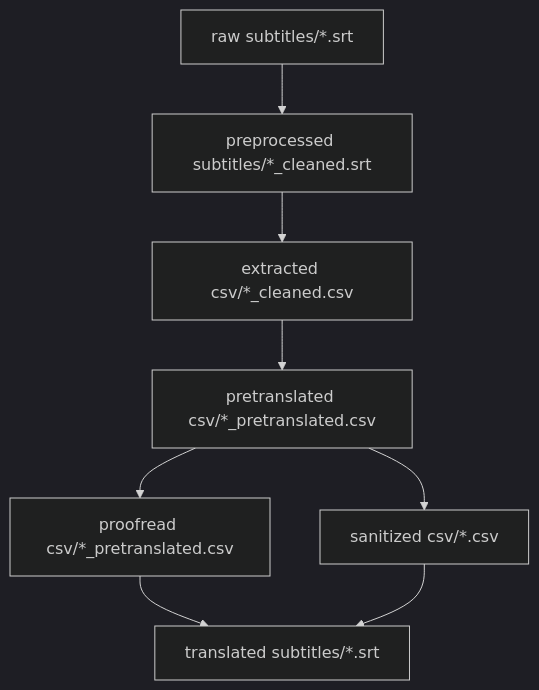
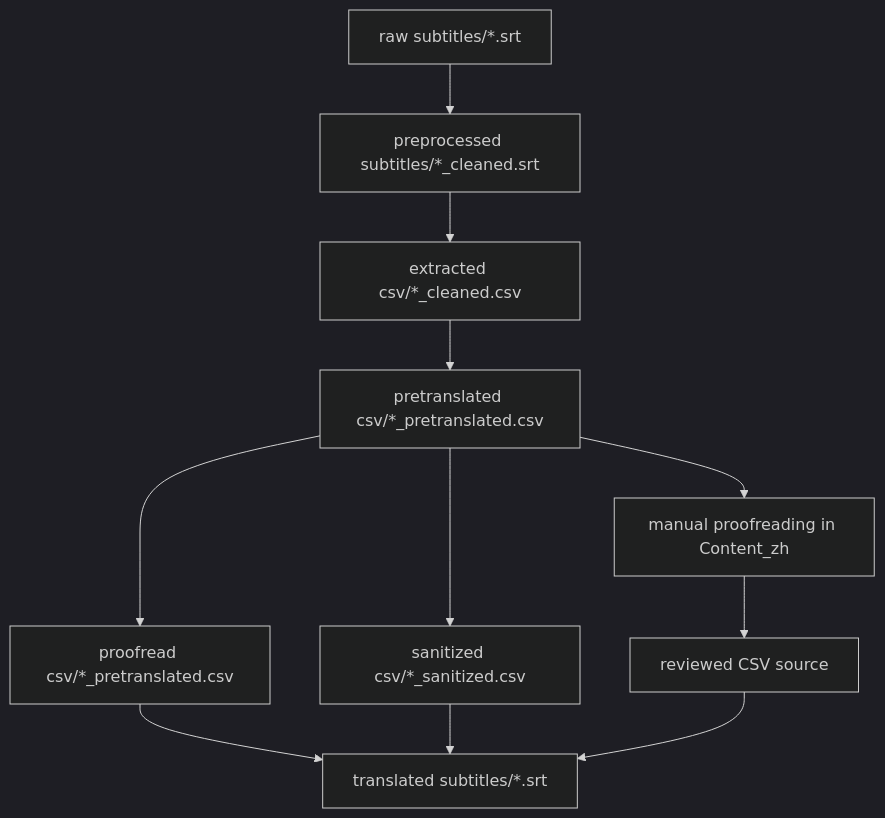
One commit to dklassic/DoubleFineAdventureZHTranslationProject changed the diagram in readme.md. Above: the diagram before and after it, drawn with Mermaid (dark theme). The commit also changed other lines of this file and 22 other files, not shown here.

````diff
--- a/readme.md
+++ b/readme.md
@@ -41,10 +42,13 @@
 ```mermaid
 graph TD;
     RawSubtitles[raw subtitles/*.srt] --> PreprocessedSubtitles[preprocessed subtitles/*_cleaned.srt];
     PreprocessedSubtitles --> ExtractedCSV[extracted csv/*_cleaned.csv];
     ExtractedCSV --> PretranslatedCSV[pretranslated csv/*_pretranslated.csv];
+    PretranslatedCSV --> ManualProofreading[manual proofreading in Content_zh];
     PretranslatedCSV --> ProofreadCSV[proofread csv/*_pretranslated.csv];
-    PretranslatedCSV --> SanitizedCSV[sanitized csv/*.csv];
+    PretranslatedCSV --> SanitizedCSV[sanitized csv/*_sanitized.csv];
+    ManualProofreading --> FinalCSV[reviewed CSV source];
     ProofreadCSV --> FinalSRT[translated subtitles/*.srt];
     SanitizedCSV --> FinalSRT;
+    FinalCSV --> FinalSRT;
 ```
````
